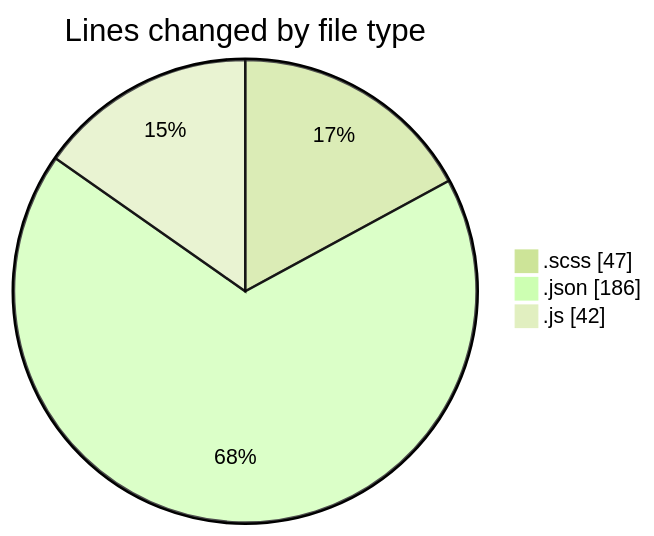
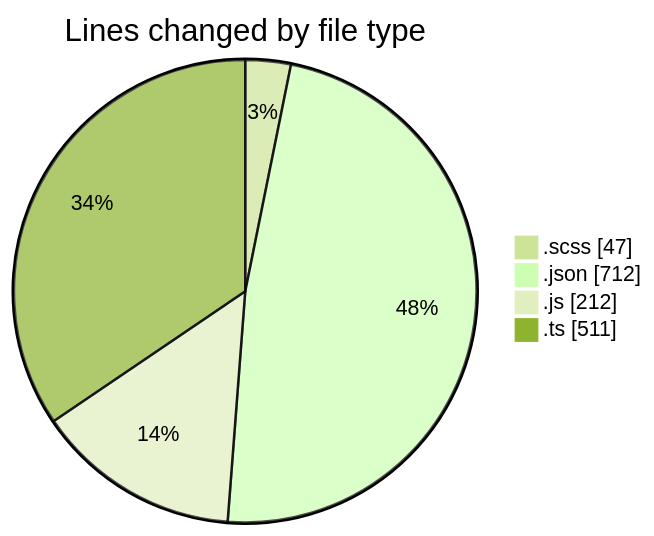
Before and after one commit to momahboobian/code-tracking: the first of 2 diagrams in 2026-04-21/cda/README.md, drawn with Mermaid (forest theme). The commit also changed other lines of this file and 1 other file, not shown here.

````diff
--- a/2026-04-21/cda/README.md
+++ b/2026-04-21/cda/README.md
@@ -22,7 +29,8 @@
 ```mermaid
 pie showData
 title Lines changed by file type
 ".scss" : 47
-".json" : 186
-".js" : 42
+".json" : 712
+".js" : 212
+".ts" : 511
 ```
````
